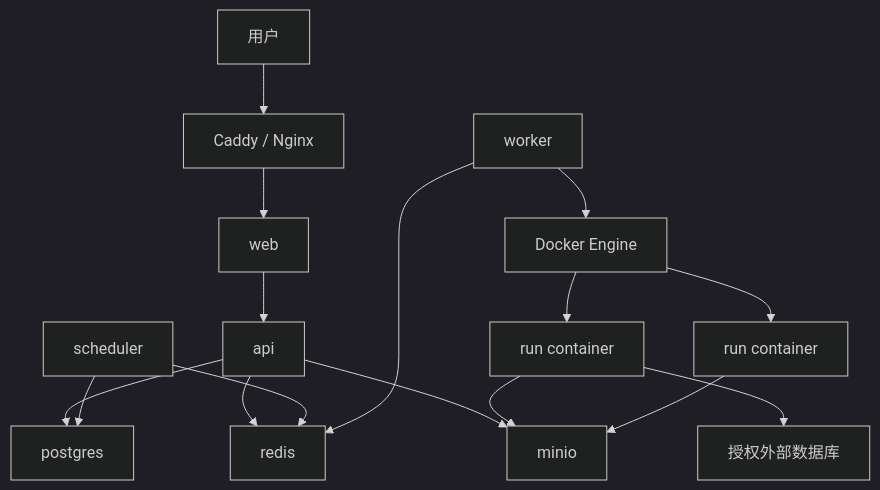
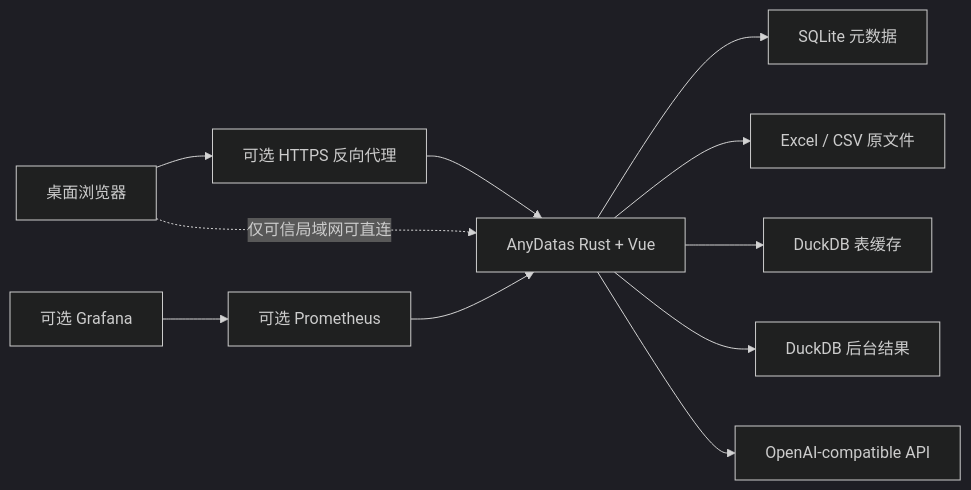
Before and after one commit to Ling0925/AnyDatas: the diagram in docs/11-single-server-deployment.md, drawn with Mermaid (dark theme). The commit also changed other lines of this file and 9 other files, not shown here.

````diff
--- a/docs/11-single-server-deployment.md
+++ b/docs/11-single-server-deployment.md
@@ -240,18 +13,13 @@
 ```mermaid
-flowchart TB
-  User["用户"] --> Proxy["Caddy / Nginx"]
-  Proxy --> Web["web"]
-  Web --> API["api"]
-  API --> PG["postgres"]
-  API --> Redis["redis"]
-  API --> MinIO["minio"]
-  Scheduler["scheduler"] --> PG
-  Scheduler --> Redis
-  Worker["worker"] --> Redis
-  Worker --> Docker["Docker Engine"]
-  Docker --> Run1["run container"]
-  Docker --> Run2["run container"]
-  Run1 --> MinIO
-  Run2 --> MinIO
-  Run1 --> ExtDB["授权外部数据库"]
+flowchart LR
+    Browser["桌面浏览器"] --> Proxy["可选 HTTPS 反向代理"]
+    Proxy --> App["AnyDatas Rust + Vue"]
+    Browser -. "仅可信局域网可直连" .-> App
+    App --> SQLite["SQLite 元数据"]
+    App --> Uploads["Excel / CSV 原文件"]
+    App --> Cache["DuckDB 表缓存"]
+    App --> Results["DuckDB 后台结果"]
+    App --> AI["OpenAI-compatible API"]
+    Prometheus["可选 Prometheus"] --> App
+    Grafana["可选 Grafana"] --> Prometheus
 ```
````
